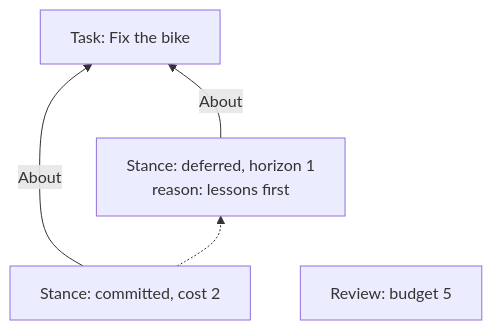
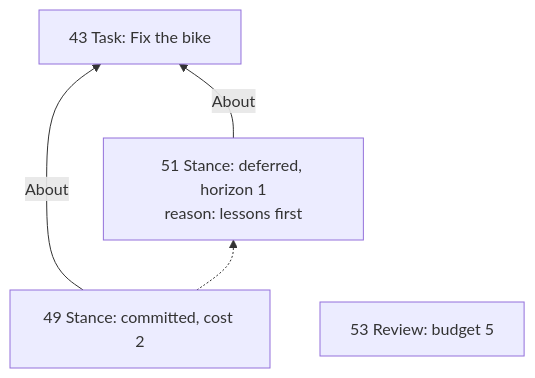
One commit to RezaOnGithub/lifecore changed the sixth of 12 diagrams in docs/PLANNING-EXPLAINER.md. Above: the diagram before and after it, drawn with Mermaid. The commit also changed other lines of this file and 1 other file, not shown here.

````diff
--- a/docs/PLANNING-EXPLAINER.md
+++ b/docs/PLANNING-EXPLAINER.md
@@ -266,8 +681,8 @@
 ```mermaid
 flowchart BT
-    C["Task: Fix the bike"]
-    SC["Stance: committed, cost 2"] -- About --> C
-    SC -.-> SC2["Stance: deferred, horizon 1<br/>reason: lessons first"]
+    C["43 Task: Fix the bike"]
+    SC["49 Stance: committed, cost 2"] -- About --> C
+    SC -.-> SC2["51 Stance: deferred, horizon 1<br/>reason: lessons first"]
     SC2 -- About --> C
-    R["Review: budget 5"]
+    R["53 Review: budget 5"]
 ```
````
